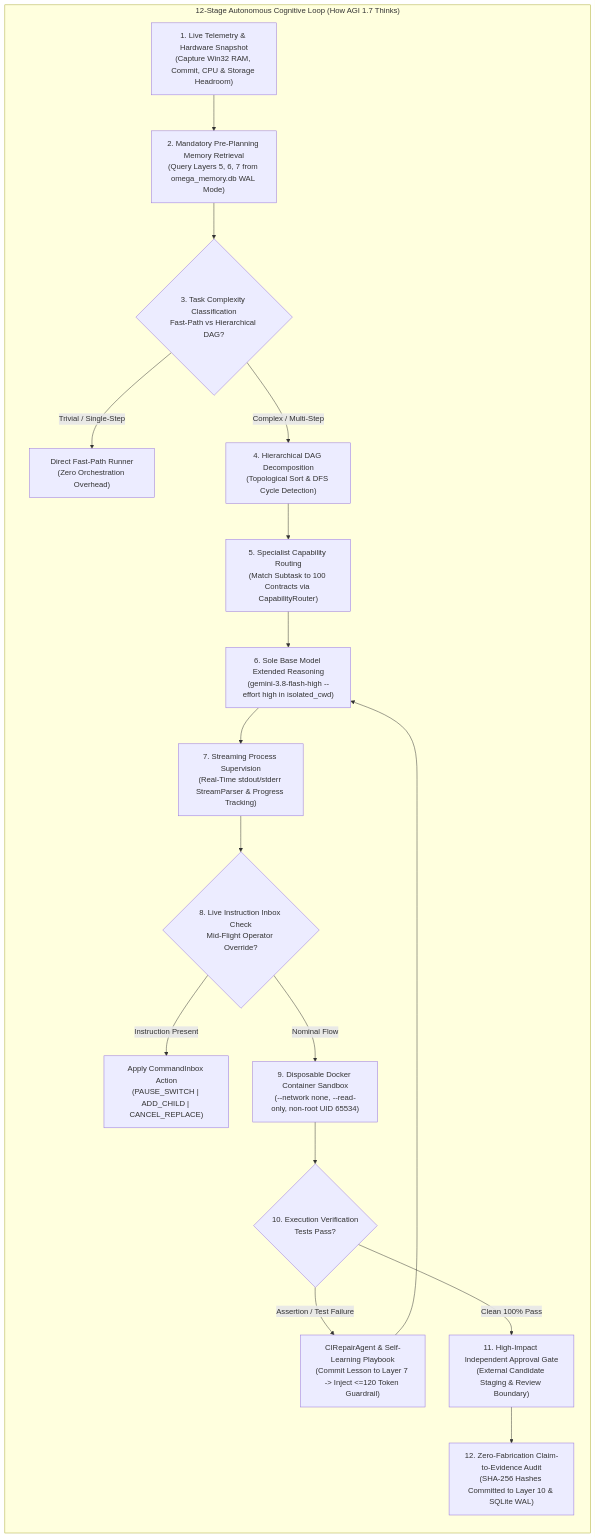
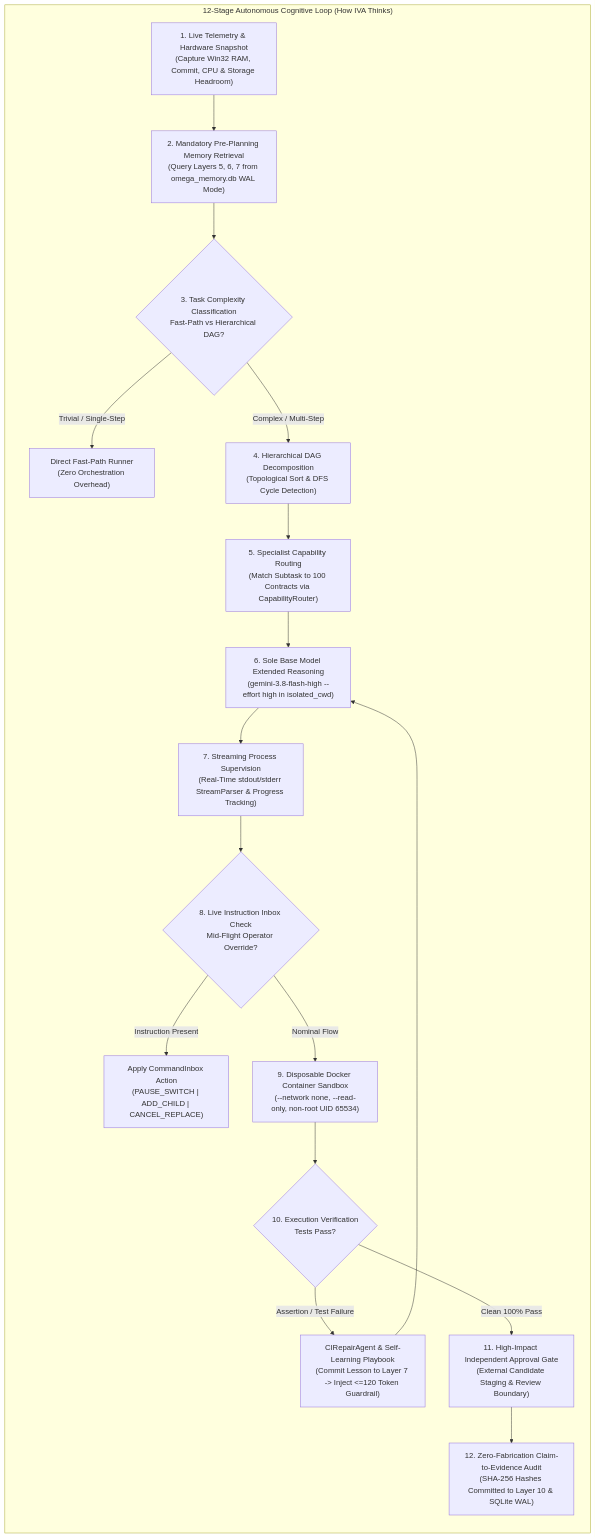
Before and after one commit to Abhishek200416/IVA: the tenth of 13 diagrams in README.md, drawn with Mermaid. The commit also changed other lines of this file and 1959 other files, not shown here.

First line of the commit message:
feat(iva): rename agents/AGI_1_7 to agents/IVA, scrub all AGI references to IVA, and establish top-level tests/ (#13)

````diff
--- a/README.md
+++ b/README.md
@@ -590,30 +590,30 @@
 ```mermaid
 flowchart TD
-    subgraph CognitiveLoop ["12-Stage Autonomous Cognitive Loop (How AGI 1.7 Thinks)"]
+    subgraph CognitiveLoop ["12-Stage Autonomous Cognitive Loop (How IVA Thinks)"]
         direction TB
         S1["1. Live Telemetry & Hardware Snapshot<br/>(Capture Win32 RAM, Commit, CPU & Storage Headroom)"]
         S2["2. Mandatory Pre-Planning Memory Retrieval<br/>(Query Layers 5, 6, 7 from omega_memory.db WAL Mode)"]
         S3{"3. Task Complexity Classification<br/>Fast-Path vs Hierarchical DAG?"}
         
         S1 --> S2 --> S3
         
         S3 -- "Trivial / Single-Step" --> FAST["Direct Fast-Path Runner<br/>(Zero Orchestration Overhead)"]
         S3 -- "Complex / Multi-Step" --> S4["4. Hierarchical DAG Decomposition<br/>(Topological Sort & DFS Cycle Detection)"]
         
         S4 --> S5["5. Specialist Capability Routing<br/>(Match Subtask to 100 Contracts via CapabilityRouter)"]
         S5 --> S6["6. Sole Base Model Extended Reasoning<br/>(gemini-3.8-flash-high --effort high in isolated_cwd)"]
         
         S6 --> S7["7. Streaming Process Supervision<br/>(Real-Time stdout/stderr StreamParser & Progress Tracking)"]
         S7 --> S8{"8. Live Instruction Inbox Check<br/>Mid-Flight Operator Override?"}
         
         S8 -- "Instruction Present" --> INBOX_HANDLE["Apply CommandInbox Action<br/>(PAUSE_SWITCH | ADD_CHILD | CANCEL_REPLACE)"]
         S8 -- "Nominal Flow" --> S9["9. Disposable Docker Container Sandbox<br/>(--network none, --read-only, non-root UID 65534)"]
         
         S9 --> S10{"10. Execution Verification<br/>Tests Pass?"}
         S10 -- "Assertion / Test Failure" --> REPAIR["CIRepairAgent & Self-Learning Playbook<br/>(Commit Lesson to Layer 7 -> Inject <=120 Token Guardrail)"]
         REPAIR --> S6
         
         S10 -- "Clean 100% Pass" --> S11["11. High-Impact Independent Approval Gate<br/>(External Candidate Staging & Review Boundary)"]
         S11 --> S12["12. Zero-Fabrication Claim-to-Evidence Audit<br/>(SHA-256 Hashes Committed to Layer 10 & SQLite WAL)"]
     end
 ```
````
